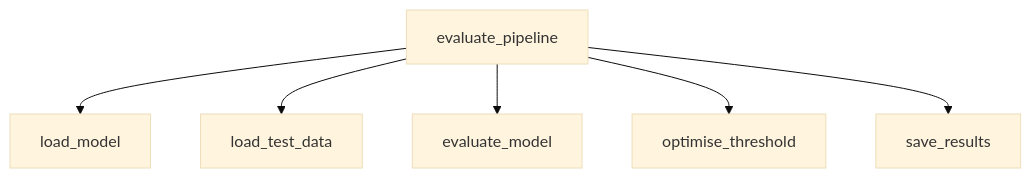
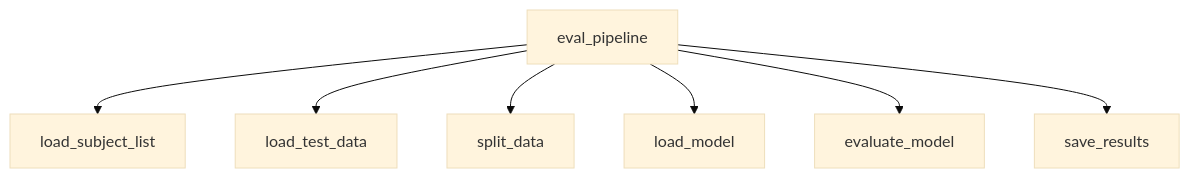
Before and after one commit to YutaroNakagama/vehicle_based_DDD_comparison: the third of 4 diagrams in docs/source/guide/architecture.md, drawn with Mermaid (base theme). The commit also changed other lines of this file, not shown here.

Commit message:
[modify] architecture

````diff
--- a/docs/source/guide/architecture.md
+++ b/docs/source/guide/architecture.md
@@ -136,8 +136,9 @@
 ```mermaid
 graph TD
-  evaluate_pipeline --> load_model
-  evaluate_pipeline --> load_test_data
-  evaluate_pipeline --> evaluate_model
-  evaluate_pipeline --> optimise_threshold
-  evaluate_pipeline --> save_results
+  eval_pipeline --> load_subject_list
+  eval_pipeline --> load_test_data
+  eval_pipeline --> split_data
+  eval_pipeline --> load_model
+  eval_pipeline --> evaluate_model
+  eval_pipeline --> save_results
 ```
````
